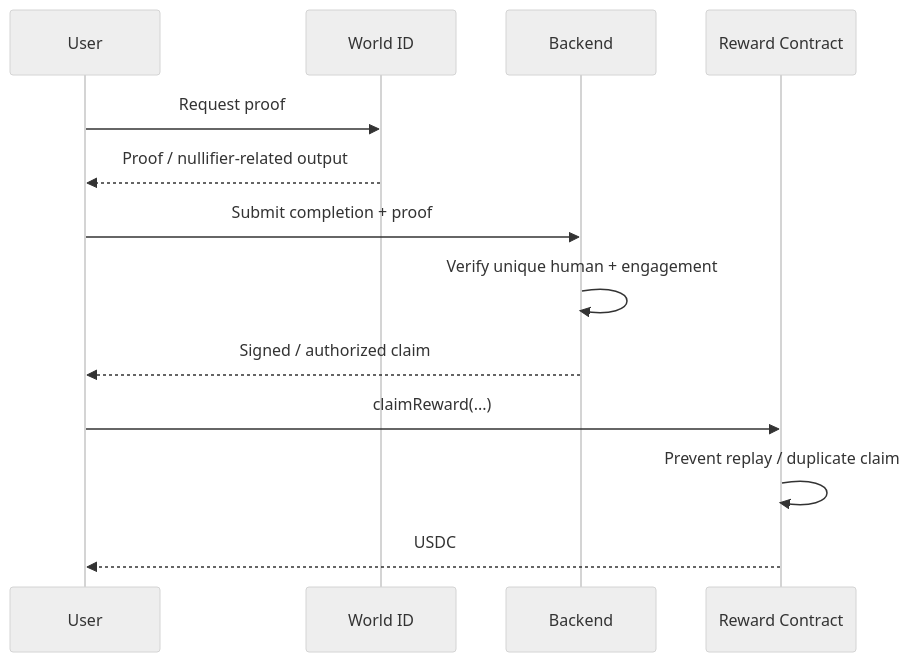
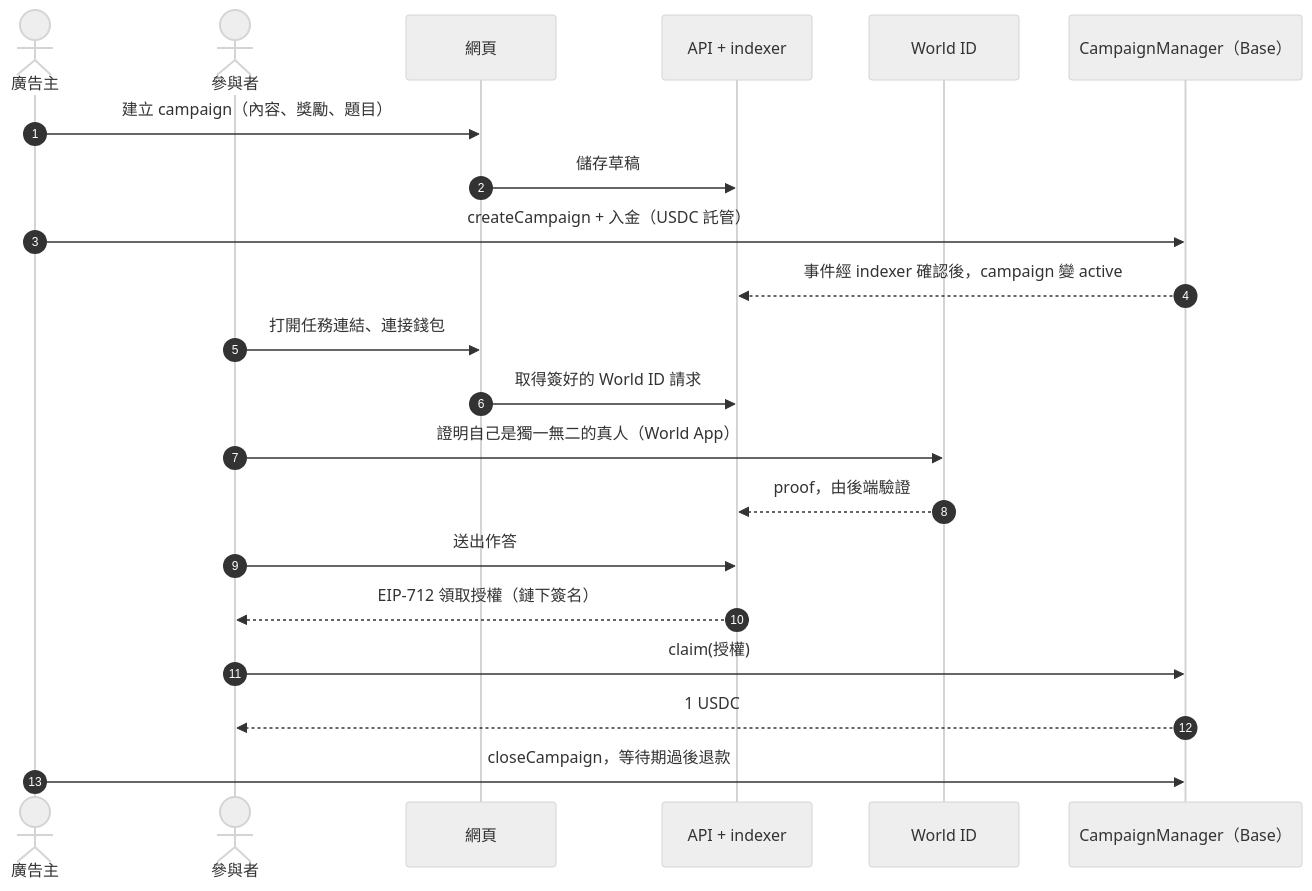
The first of 2 diagrams in README.zh-TW.md (ChiJiun/verified-human-attention-market), drawn with Mermaid (neutral theme) before and after one commit. The commit also changed other lines of this file and 6 other files, not shown here.

````diff
--- a/README.zh-TW.md
+++ b/README.zh-TW.md
@@ -234,16 +30,26 @@
 ```mermaid
 sequenceDiagram
-    participant U as User
-    participant W as World ID
-    participant B as Backend
-    participant C as Reward Contract
+    autonumber
+    actor A as 廣告主
+    actor U as 參與者
+    participant W as 網頁
+    participant API as API + indexer
+    participant ID as World ID
+    participant C as CampaignManager（Base）
 
-    U->>W: Request proof
-    W-->>U: Proof / nullifier-related output
-    U->>B: Submit completion + proof
-    B->>B: Verify unique human + engagement
-    B-->>U: Signed / authorized claim
-    U->>C: claimReward(...)
-    C->>C: Prevent replay / duplicate claim
-    C-->>U: USDC
+    A->>W: 建立 campaign（內容、獎勵、題目）
+    W->>API: 儲存草稿
+    A->>C: createCampaign + 入金（USDC 託管）
+    C-->>API: 事件經 indexer 確認後，campaign 變 active
+
+    U->>W: 打開任務連結、連接錢包
+    W->>API: 取得簽好的 World ID 請求
+    U->>ID: 證明自己是獨一無二的真人（World App）
+    ID-->>API: proof，由後端驗證
+    U->>API: 送出作答
+    API-->>U: EIP-712 領取授權（鏈下簽名）
+    U->>C: claim(授權)
+    C-->>U: 1 USDC
+
+    A->>C: closeCampaign，等待期過後退款
 ```
````
